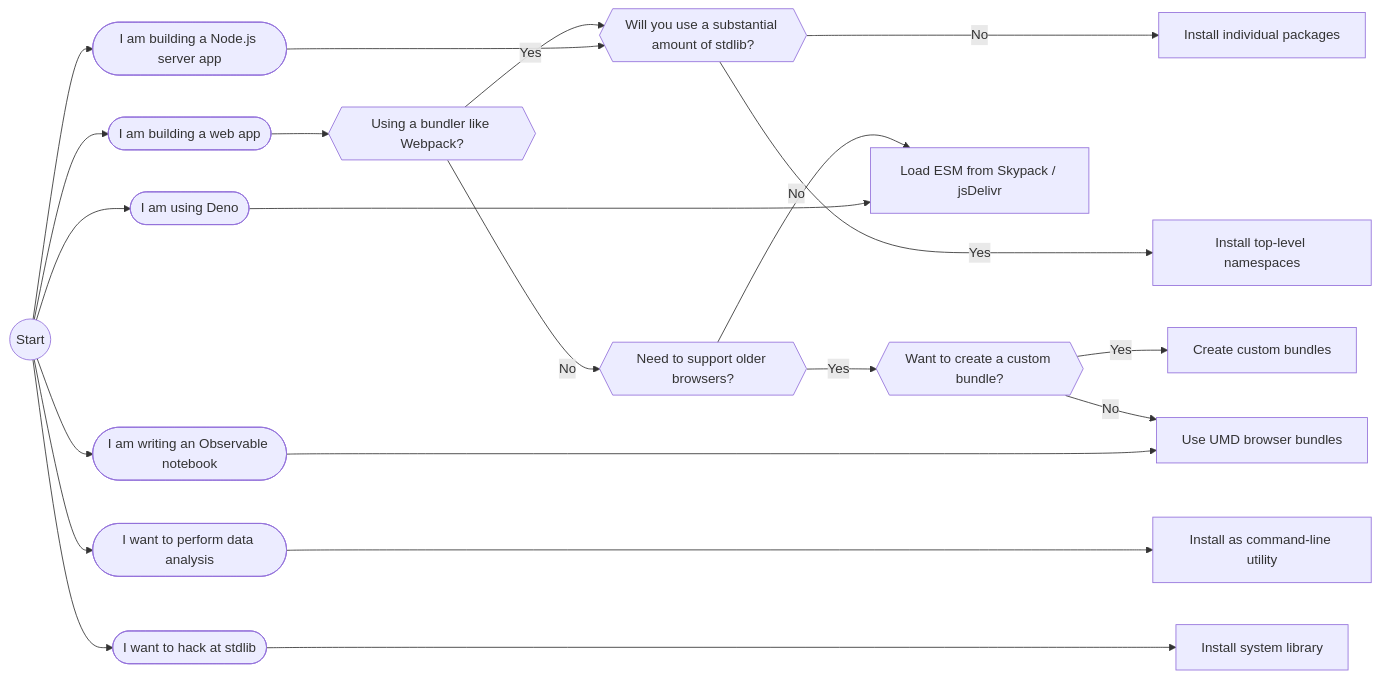
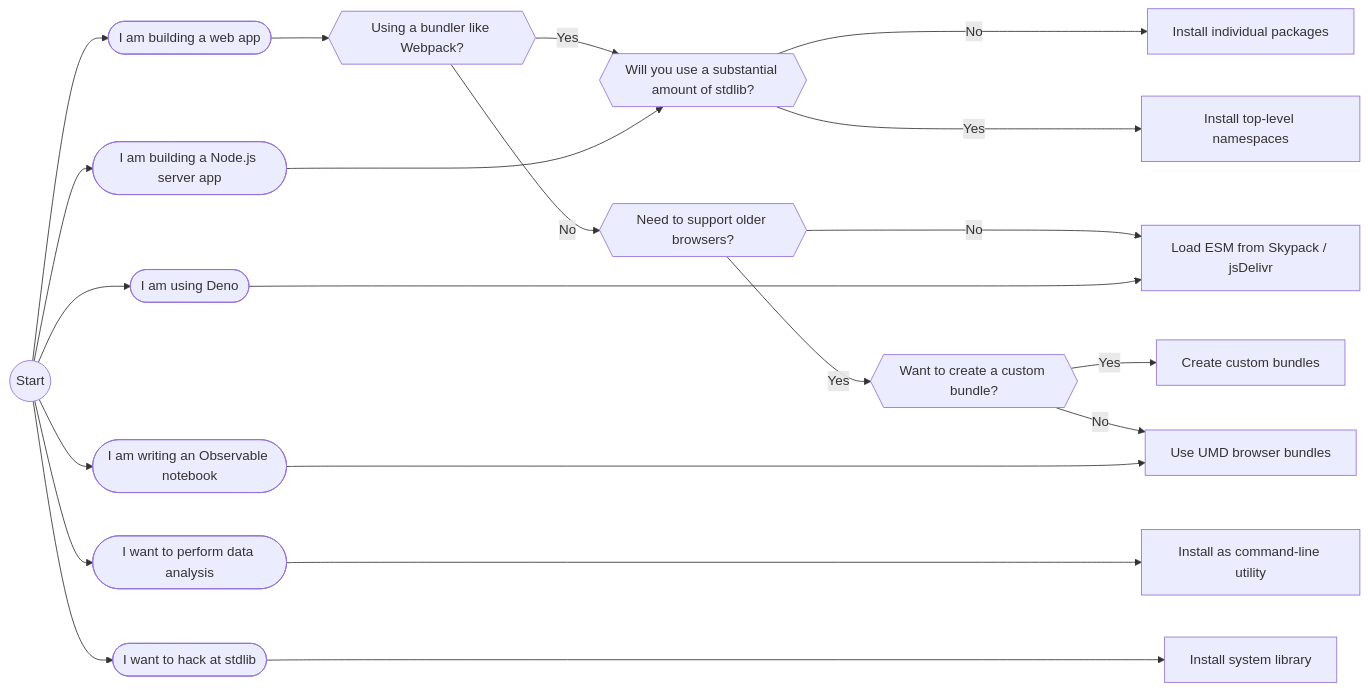
Before and after one commit to stdlib-js/stdlib: the diagram in README.md, drawn with Mermaid.

Commit message:
Revert to previous edge length

````diff
--- a/README.md
+++ b/README.md
@@ -191,47 +191,47 @@
 ```mermaid
 graph LR
     Z((Start))
 
     A([I want to perform data analysis])
     B([I am building a web app])
     B1{{Using a bundler like Webpack?}}
     B2{{Need to support older browsers?}}
     B3{{Want to create a custom bundle?}}
     C([I am building a Node.js server app])
     C1{{Will you use a substantial amount of stdlib?}}
     D([I am using Deno])
     E([I am writing an Observable notebook])
     F([I want to hack at stdlib])
 
     G[Install as command-line utility]
     H[Install individual packages]
     I[Create custom bundles]
     J[Use UMD browser bundles]
     K[Install system library]
     L[Install top-level namespaces]
     M[Load ESM from Skypack / jsDelivr]
 
     Z --> B --> B1
     B1 -- Yes --> C1
     B1 -- No --> B2
     B2 -- No --> M
     B2 -- Yes --> B3
     B3 -- Yes --> I
     B3 -- No --> J
 
     Z --> C ---> C1
     C1 -- No ---> H
     C1 -- Yes ---> L
 
-    Z --> D ----> M
+    Z --> D -----> M
     Z --> A -----> G
     Z --> F -----> K
     Z --> E -----> J
 
     click G href "https://github.com/stdlib-js/stdlib/tree/user-stories-diagram#command-line-utility"
     click H href "https://github.com/stdlib-js/stdlib/tree/user-stories-diagram#individual-packages"
     click I href "https://github.com/stdlib-js/stdlib/tree/user-stories-diagram#custom-bundles"
     click J href "https://github.com/stdlib-js/stdlib/tree/user-stories-diagram#browser-bundles"
     click L href "https://github.com/stdlib-js/stdlib/tree/user-stories-diagram#namespaces"
     click K href "https://github.com/stdlib-js/stdlib/tree/user-stories-diagram#system-library"
  ```
````
